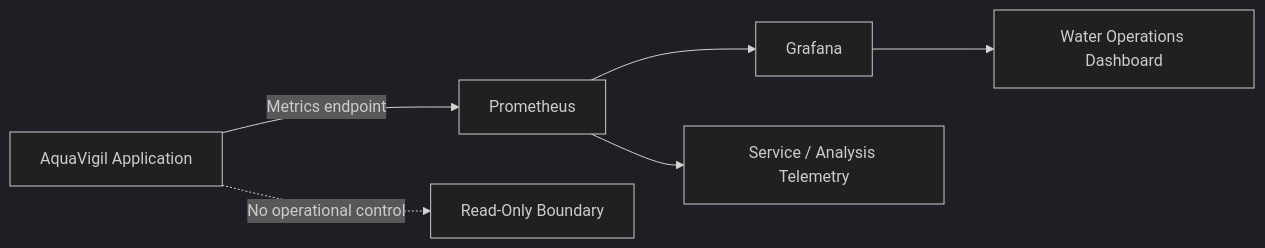
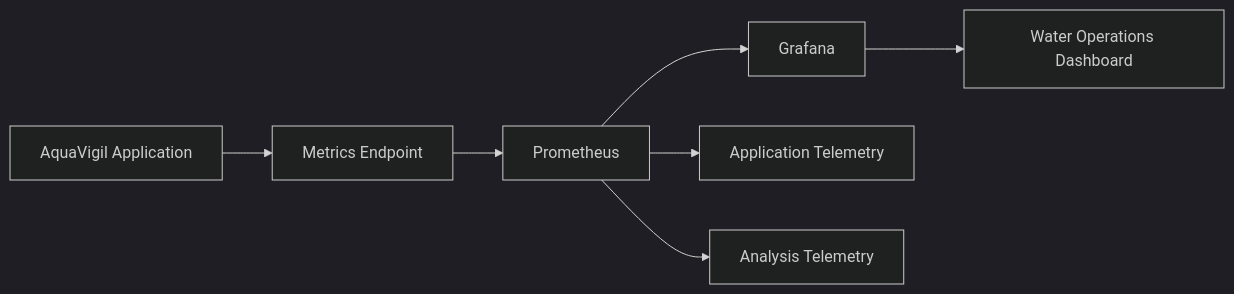
One commit to HaziqBinAfzal/AquaVigil changed the seventh of 8 diagrams in README.md. Above: the diagram before and after it, drawn with Mermaid (dark theme). The commit also changed other lines of this file, not shown here.

````diff
--- a/README.md
+++ b/README.md
@@ -316,8 +375,11 @@
 ```mermaid
 flowchart LR
-    APP[AquaVigil Application] -->|Metrics endpoint| PROM[Prometheus]
-    PROM --> GRAF[Grafana]
-    GRAF --> DASH[Water Operations Dashboard]
-    PROM --> HEALTH[Service / Analysis Telemetry]
-    APP -. No operational control .-> SAFE[Read-Only Boundary]
+    A["AquaVigil Application"] --> B["Metrics Endpoint"]
+    B --> C["Prometheus"]
+
+    C --> D["Grafana"]
+    D --> E["Water Operations Dashboard"]
+
+    C --> F["Application Telemetry"]
+    C --> G["Analysis Telemetry"]
 ```
````
